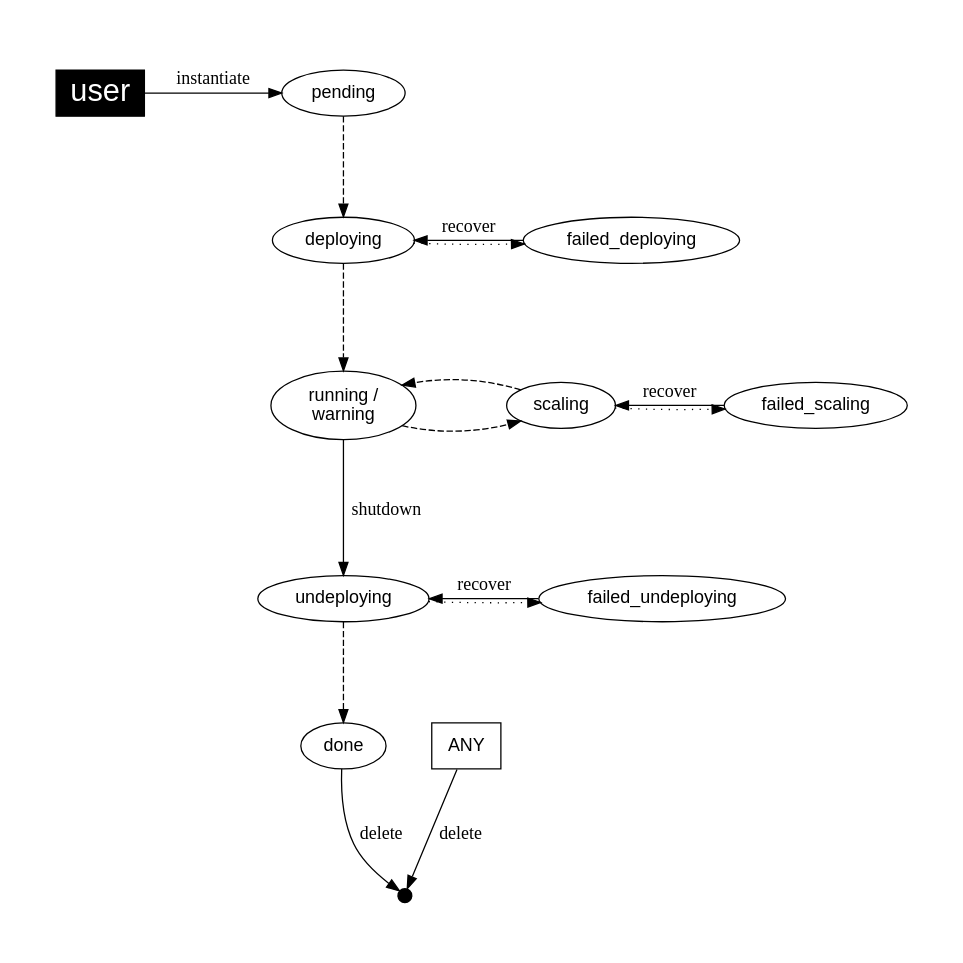
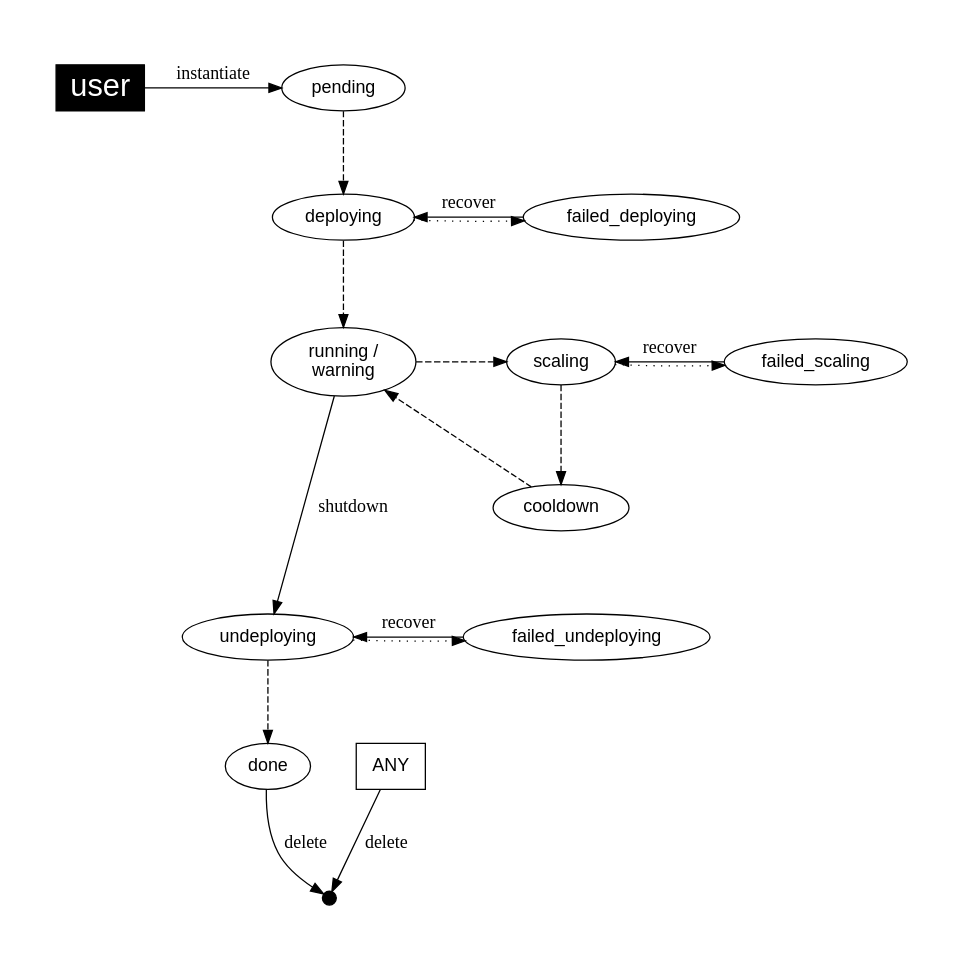
One commit to OpenNebula/one changed the diagram in flow/doc/states.dot. Above: the diagram before and after it, drawn with Graphviz.

```diff
--- a/flow/doc/states.dot
+++ b/flow/doc/states.dot
@@ -1,57 +1,63 @@
 
 
 digraph AppFlow {
     graph [
         nodesep= 0.5,
         ratio=1,
         pad=0.5,
     ];
 
     node [fontname="Helvetica"];
     edge [fontname="Menlo"];
     
     user [
         fillcolor="black",
         style="filled", shape="box",
         fontcolor="white", fontsize= "24.0"];
 
     ANY [ shape="box" ];
 
     end [ width=0.15, height=0.15, shape=point ];
 
     running [ label="running /\nwarning"];
 
     subgraph { rank = min; user; pending}
     subgraph { rank = same; deploying; failed_deploying; color="white"}
+
     subgraph { rank = same; running; scaling; failed_scaling; color="white"}
+
     subgraph { rank = same; undeploying; failed_undeploying; color="white"}
 //    subgraph { rank = same; done; end; color="white"}
 
 
     user -> pending [label="instantiate"];
 
     pending -> deploying [style="dashed"];
     deploying -> running [style="dashed"];
     running -> undeploying [label="shutdown"];
     undeploying -> done [style="dashed"];
     done -> end [label="delete"];
 
 
 //    running -> warning [style="dotted"];
 //    warning -> running [style="dotted"];
 
+
     running -> scaling [style="dashed"];
-    scaling -> running [style="dashed"];
+    scaling -> cooldown [style="dashed"];
+    cooldown -> running [style="dashed"];
+
+    cooldown -> failed_undeploying [style="invis"];
 
     failed_deploying -> deploying [label="recover"];
     deploying -> failed_deploying [style="dotted"];
     
     failed_undeploying -> undeploying [label="recover"];
     undeploying -> failed_undeploying [style="dotted"];
 
     failed_scaling -> scaling [label="recover"];
     scaling -> failed_scaling [style="dotted"];
     
 
     ANY -> end [label="delete"];
 }
```
